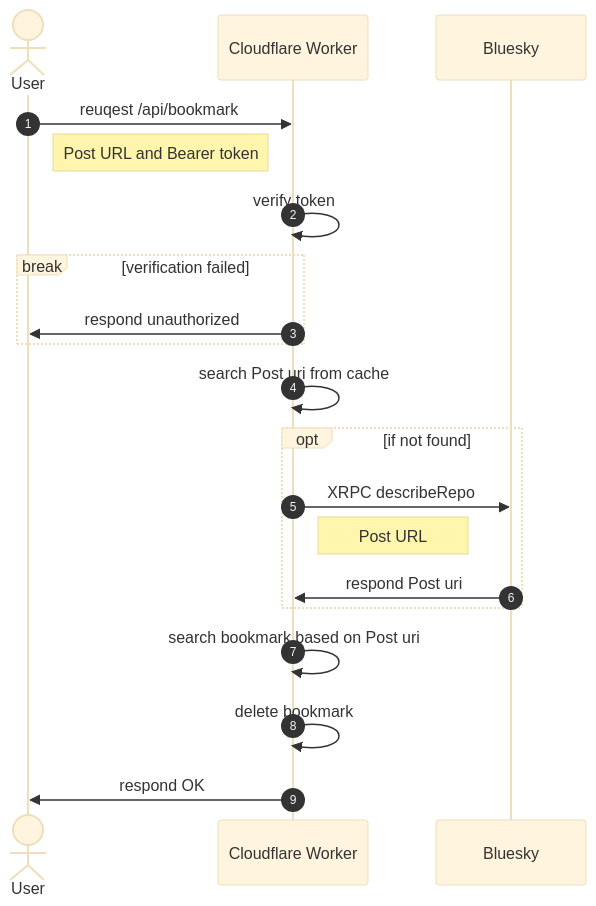
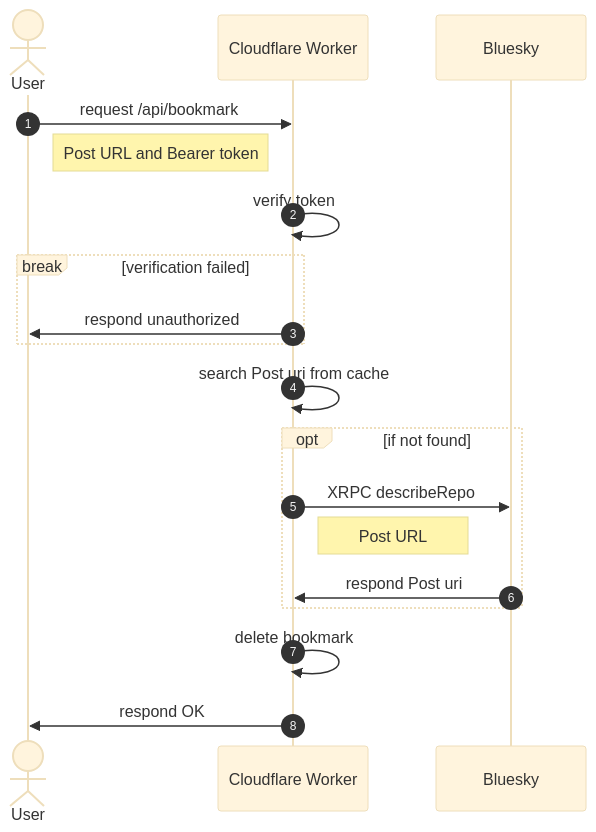
One commit to mzyy94/bluebookmark changed the third of 4 diagrams in README.md. Above: the diagram before and after it, drawn with Mermaid (base theme). The commit also changed other lines of this file, not shown here.

Commit message:
Update diagram

````diff
--- a/README.md
+++ b/README.md
@@ -223,22 +223,21 @@
 ```mermaid
 sequenceDiagram
     autonumber
     actor User
     participant Cloudflare as Cloudflare Worker
     participant Bluesky
-    User->>Cloudflare: reuqest /api/bookmark
+    User->>Cloudflare: request /api/bookmark
     Note left of Cloudflare: Post URL and Bearer token
     Cloudflare->>Cloudflare: verify token
     break verification failed
         Cloudflare->>User: respond unauthorized
     end
     Cloudflare->>Cloudflare: search Post uri from cache
     opt if not found
         Cloudflare->>Bluesky: XRPC describeRepo
         Note right of Cloudflare: Post URL
         Bluesky->>Cloudflare: respond Post uri
     end
-    Cloudflare->>Cloudflare: search bookmark based on Post uri
     Cloudflare->>Cloudflare: delete bookmark
     Cloudflare->>User: respond OK
 ```
````
